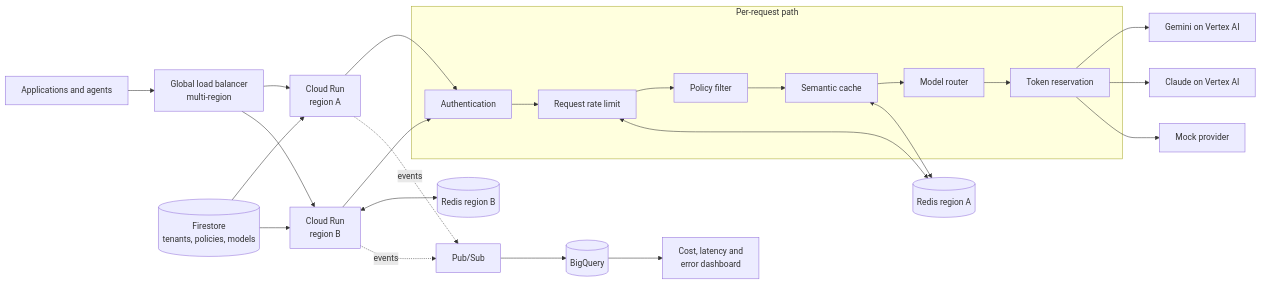
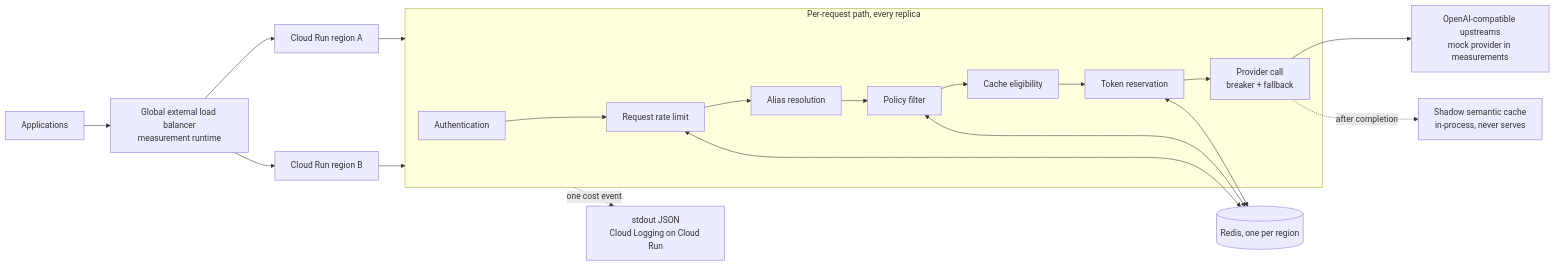
One commit to aalvaropc/pusaq changed the diagram in docs/design.md. Above: the diagram before and after it, drawn with Mermaid. The commit also changed other lines of this file and 1 other file, not shown here.

````diff
--- a/docs/design.md
+++ b/docs/design.md
@@ -131,36 +128,17 @@
 ```mermaid
 flowchart LR
-    A[Applications and agents] --> LB[Global load balancer<br/>multi-region]
-
-    LB --> RA[Cloud Run<br/>region A]
-    LB --> RB[Cloud Run<br/>region B]
-
-    subgraph DP[Per-request path]
-        AUTH[Authentication]
-        RPM[Request rate limit]
-        POLICY[Policy filter]
-        CACHE[Semantic cache]
-        ROUTER[Model router]
-        TPM[Token reservation]
-        AUTH --> RPM --> POLICY --> CACHE --> ROUTER --> TPM
+    A[Applications] --> LB[Global external load balancer<br/>measurement runtime]
+    LB --> RA[Cloud Run region A]
+    LB --> RB[Cloud Run region B]
+    RA --> PIPE
+    RB --> PIPE
+    subgraph PIPE[Per-request path, every replica]
+        AUTH[Authentication] --> RPM[Request rate limit] --> ALIAS[Alias resolution] --> POLICY[Policy filter] --> ELIG[Cache eligibility] --> TPM[Token reservation] --> CALL[Provider call<br/>breaker + fallback]
     end
-
-    RA --> AUTH
-    RB --> AUTH
-
-    RPM <--> REDISA[(Redis region A)]
-    CACHE <--> REDISA
-    RB <--> REDISB[(Redis region B)]
-
-    TPM --> GEMINI[Gemini on Vertex AI]
-    TPM --> CLAUDE[Claude on Vertex AI]
-    TPM --> MOCK[Mock provider]
-
-    RA -. events .-> PUB[Pub/Sub]
-    RB -. events .-> PUB
-    PUB --> BQ[(BigQuery)]
-    BQ --> DASH[Cost, latency and<br/>error dashboard]
-
-    CONFIG[(Firestore<br/>tenants, policies, models)] --> RA
-    CONFIG --> RB
+    RPM <--> REDIS[(Redis, one per region)]
+    POLICY <--> REDIS
+    TPM <--> REDIS
+    CALL --> UP[OpenAI-compatible upstreams<br/>mock provider in measurements]
+    CALL -. after completion .-> SHADOW[Shadow semantic cache<br/>in-process, never serves]
+    PIPE -. one cost event .-> LOGS[stdout JSON<br/>Cloud Logging on Cloud Run]
 ```
````
